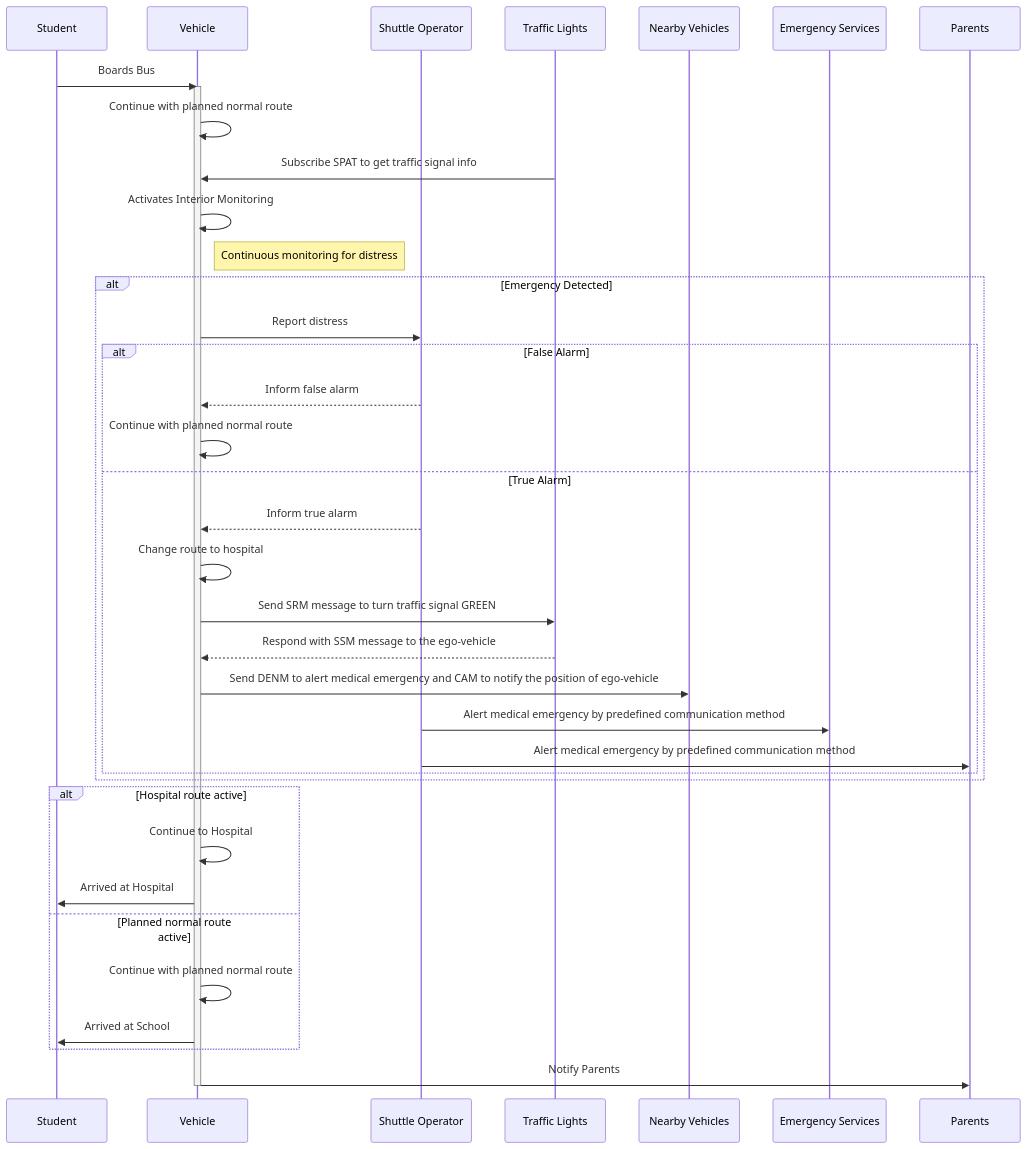
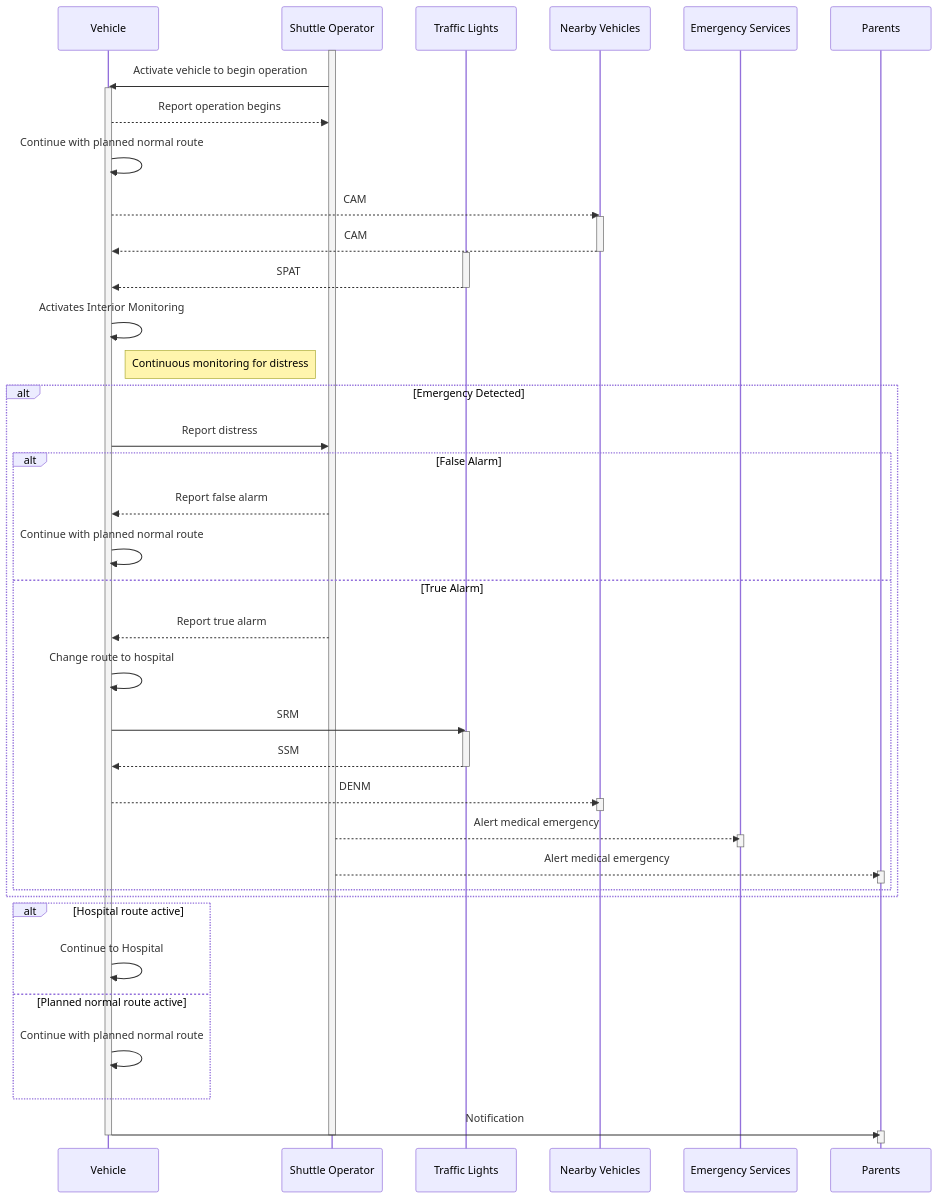
Before and after one commit to Jy-Lau/ad_system_main: the fourth of 4 diagrams in README.md, drawn with Mermaid.

````diff
--- a/README.md
+++ b/README.md
@@ -104,41 +104,57 @@
 ```mermaid
 sequenceDiagram
-    participant Student
     participant Vehicle
     participant Shuttle Operator
     participant Traffic Lights
     participant Nearby Vehicles
     participant Emergency Services
     participant Parents
 
-    Student->>Vehicle: Boards Bus
+    activate Shuttle Operator
+    Shuttle Operator->>Vehicle: Activate vehicle to begin operation
     activate Vehicle
+    Vehicle-->> Shuttle Operator: Report operation begins
     Vehicle->>Vehicle: Continue with planned normal route
-    Traffic Lights->>Vehicle: Subscribe SPAT to get traffic signal info
+    Vehicle-->>Nearby Vehicles: CAM
+    activate Nearby Vehicles
+    Nearby Vehicles-->>Vehicle: CAM
+    deactivate Nearby Vehicles
+    activate Traffic Lights
+    Traffic Lights-->>Vehicle: SPAT
+    deactivate Traffic Lights
     Vehicle->>Vehicle: Activates Interior Monitoring
     note right of Vehicle: Continuous monitoring for distress
     alt Emergency Detected
         Vehicle->>Shuttle Operator: Report distress
         alt False Alarm
-            Shuttle Operator-->>Vehicle: Inform false alarm
+            Shuttle Operator-->>Vehicle: Report false alarm
             Vehicle->>Vehicle: Continue with planned normal route
         else True Alarm
-            Shuttle Operator-->>Vehicle: Inform true alarm
+            Shuttle Operator-->>Vehicle: Report true alarm
             Vehicle->>Vehicle: Change route to hospital
-            Vehicle->>Traffic Lights: Send SRM message to turn traffic signal GREEN
-            Traffic Lights-->>Vehicle: Respond with SSM message to the ego-vehicle
-            Vehicle->>Nearby Vehicles: Send DENM to alert medical emergency and CAM to notify the position of ego-vehicle
-            Shuttle Operator->>Emergency Services: Alert medical emergency by predefined communication method
-            Shuttle Operator->>Parents: Alert medical emergency by predefined communication method
+            Vehicle->>Traffic Lights: SRM
+            activate Traffic Lights
+            Traffic Lights-->>Vehicle: SSM
+            deactivate Traffic Lights
+            Vehicle-->>Nearby Vehicles: DENM
+            activate Nearby Vehicles
+            deactivate Nearby Vehicles
+            Shuttle Operator-->>Emergency Services: Alert medical emergency
+            activate Emergency Services
+            deactivate Emergency Services
+            Shuttle Operator-->>Parents: Alert medical emergency
+            activate Parents
+            deactivate Parents
         end
     end
     alt Hospital route active
         Vehicle->>Vehicle: Continue to Hospital
-        Vehicle->>Student: Arrived at Hospital
     else Planned normal route active
         Vehicle->>Vehicle: Continue with planned normal route
-        Vehicle->>Student: Arrived at School
     end
-    Vehicle->>Parents: Notify Parents
+    Vehicle->>Parents: Notification
+    activate Parents
+    deactivate Parents
     deactivate Vehicle
+    deactivate Shuttle Operator
 ```
````
